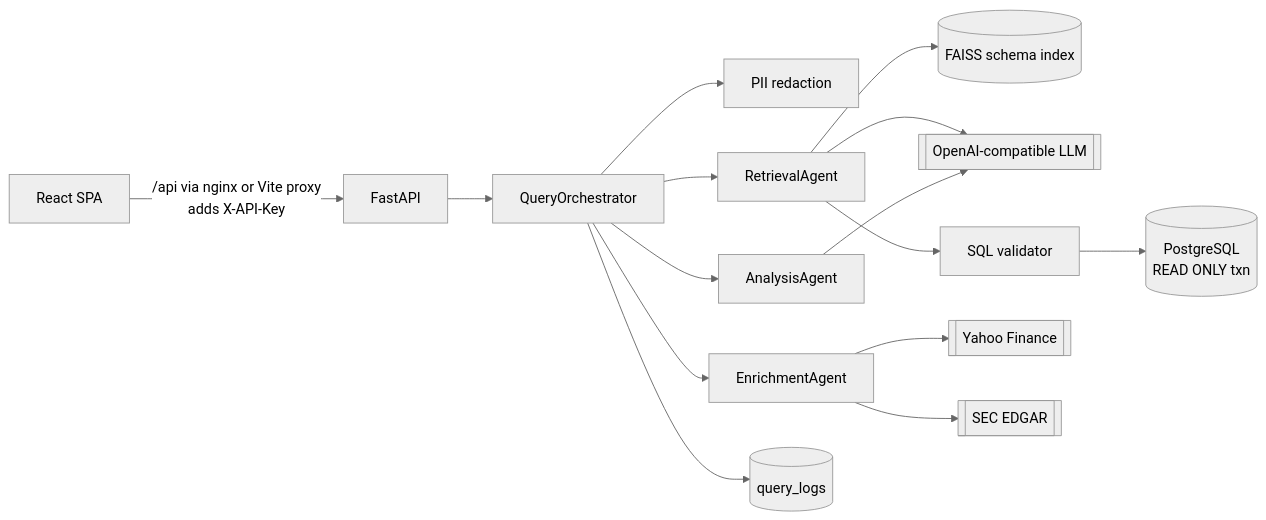
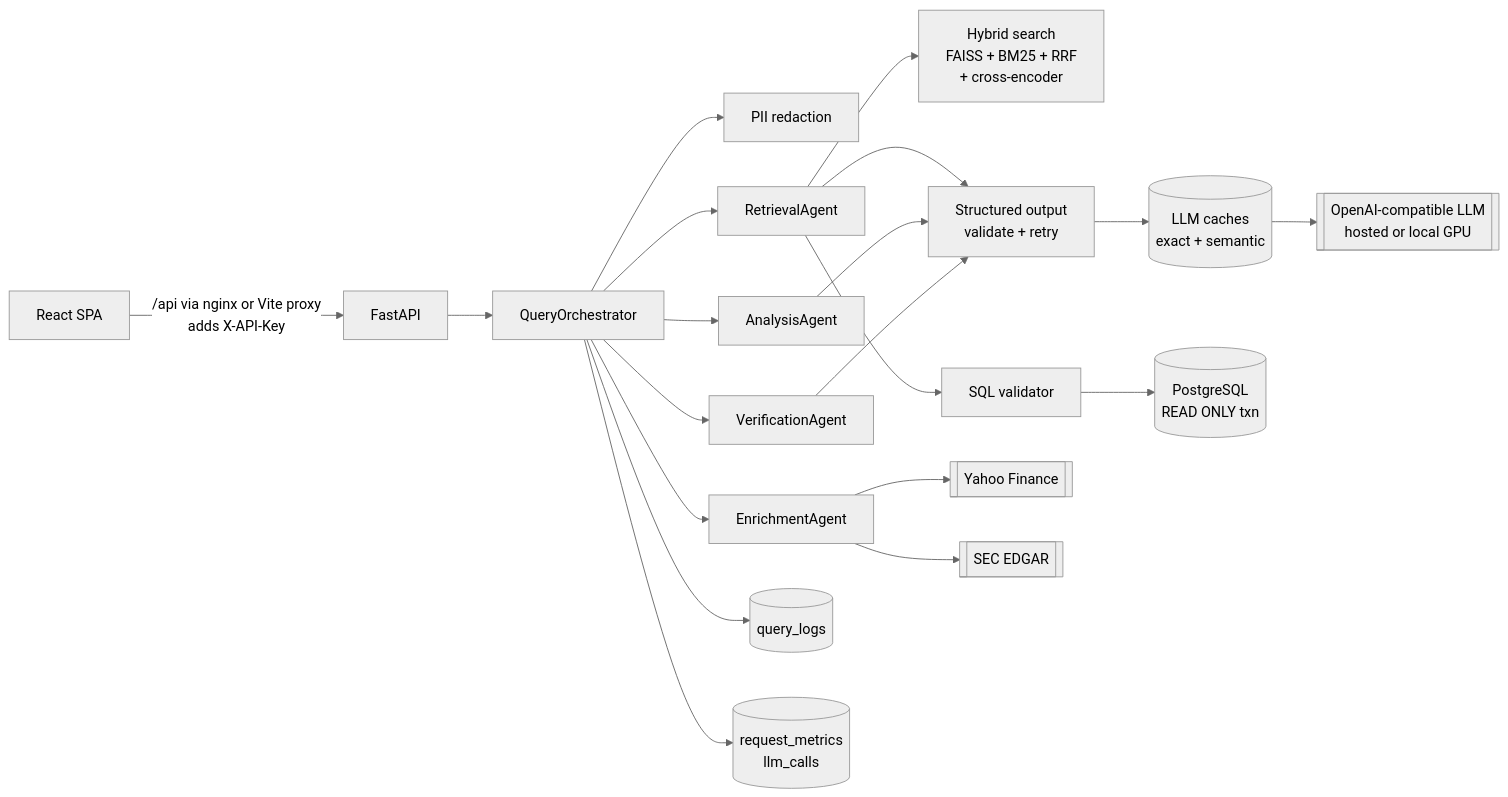
One commit to shreyescodes/RAG-Data-Platform changed the diagram in docs/architecture.md. Above: the diagram before and after it, drawn with Mermaid (neutral theme). The commit also changed other lines of this file and 94 other files, not shown here.

````diff
--- a/docs/architecture.md
+++ b/docs/architecture.md
@@ -5,17 +5,22 @@
 ```mermaid
 flowchart LR
     UI[React SPA] -->|/api via nginx or Vite proxy<br/>adds X-API-Key| API[FastAPI]
     API --> ORC[QueryOrchestrator]
     ORC --> PII[PII redaction]
     ORC --> RA[RetrievalAgent]
     ORC --> EA[EnrichmentAgent]
     ORC --> AA[AnalysisAgent]
-    RA --> VS[(FAISS schema index)]
-    RA --> LLM[[OpenAI-compatible LLM]]
+    ORC --> VA[VerificationAgent]
+    RA --> HS[Hybrid search<br/>FAISS + BM25 + RRF<br/>+ cross-encoder]
+    RA --> SO[Structured output<br/>validate + retry]
+    SO --> C[(LLM caches<br/>exact + semantic)]
+    C --> LLM[[OpenAI-compatible LLM<br/>hosted or local GPU]]
     RA --> V[SQL validator]
     V --> RO[(PostgreSQL<br/>READ ONLY txn)]
     EA --> YF[[Yahoo Finance]]
     EA --> SEC[[SEC EDGAR]]
-    AA --> LLM
+    AA --> SO
+    VA --> SO
     ORC --> AUD[(query_logs)]
+    ORC --> MET[(request_metrics<br/>llm_calls)]
 ```
````
